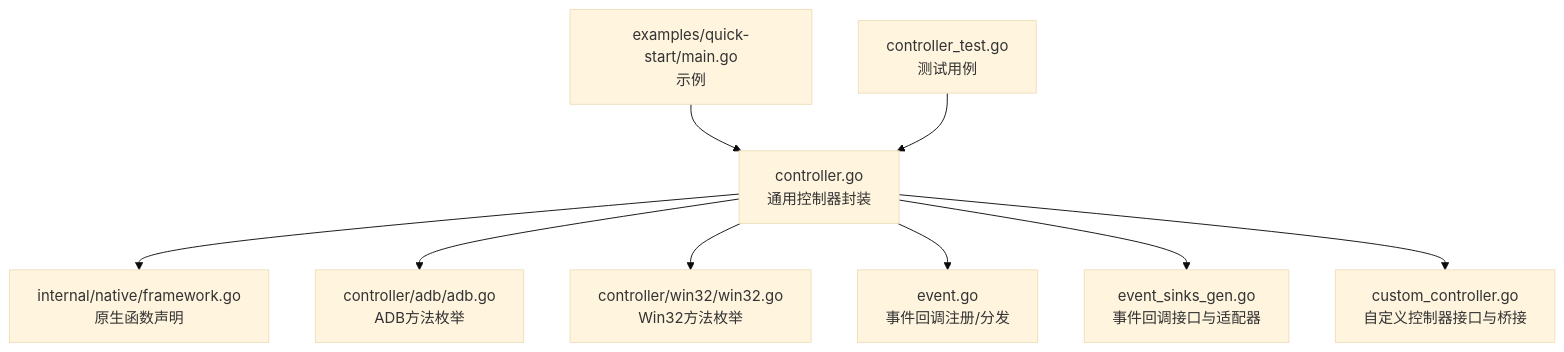
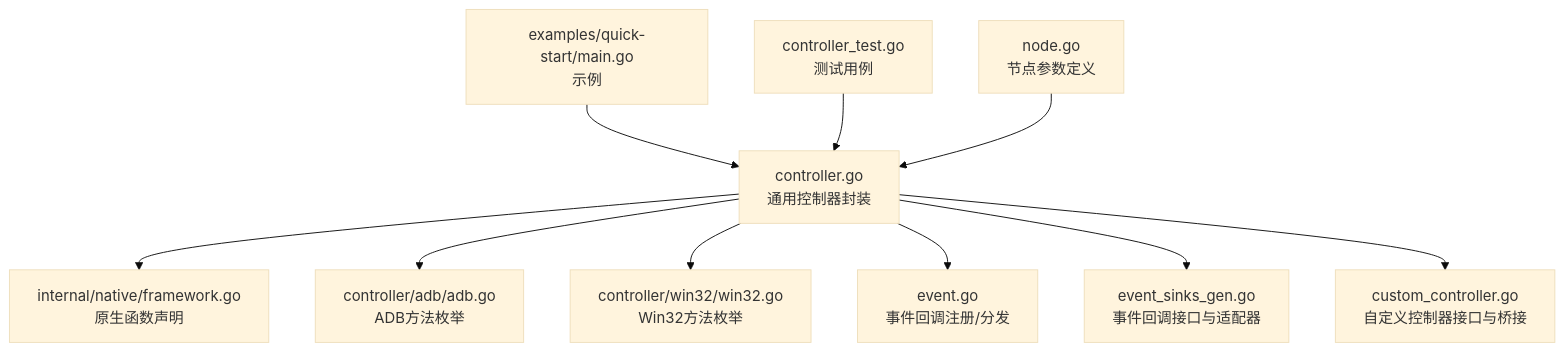
The first of 3 diagrams in instructions/maafw-golang-binding/API参考/控制器.md (kqcoxn/MaaPipelineEditor), drawn with Mermaid (base theme) before and after one commit. The commit also changed other lines of this file and 7 other files, not shown here.

````diff
--- a/instructions/maafw-golang-binding/API参考/控制器.md
+++ b/instructions/maafw-golang-binding/API参考/控制器.md
@@ -45,11 +49,12 @@
 ```mermaid
 graph TB
 A["controller.go<br/>通用控制器封装"] --> B["internal/native/framework.go<br/>原生函数声明"]
 A --> C["controller/adb/adb.go<br/>ADB方法枚举"]
 A --> D["controller/win32/win32.go<br/>Win32方法枚举"]
 A --> E["event.go<br/>事件回调注册/分发"]
 A --> F["event_sinks_gen.go<br/>事件回调接口与适配器"]
 A --> G["custom_controller.go<br/>自定义控制器接口与桥接"]
 H["examples/quick-start/main.go<br/>示例"] --> A
 I["controller_test.go<br/>测试用例"] --> A
+J["node.go<br/>节点参数定义"] --> A
 ```
````
